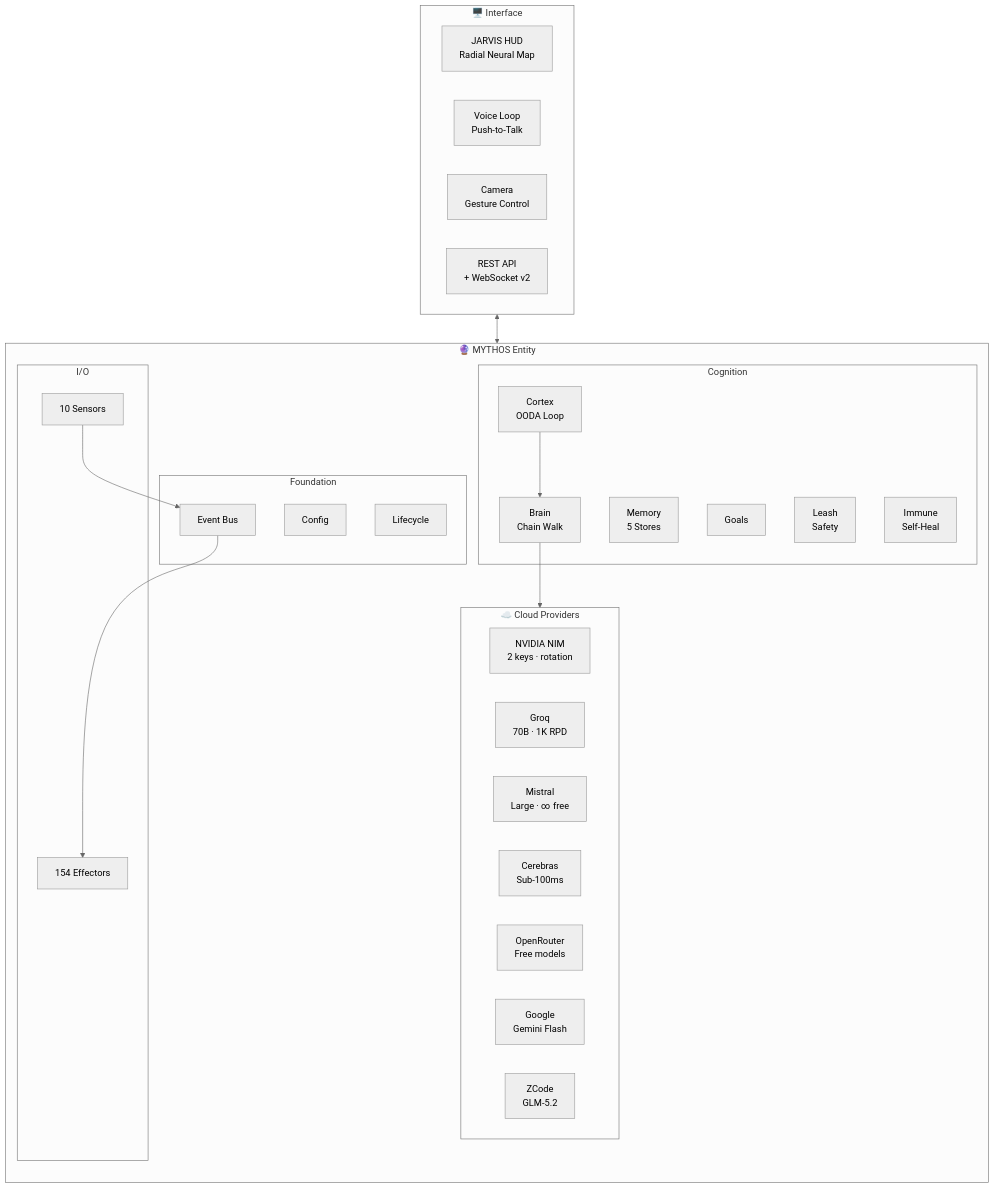
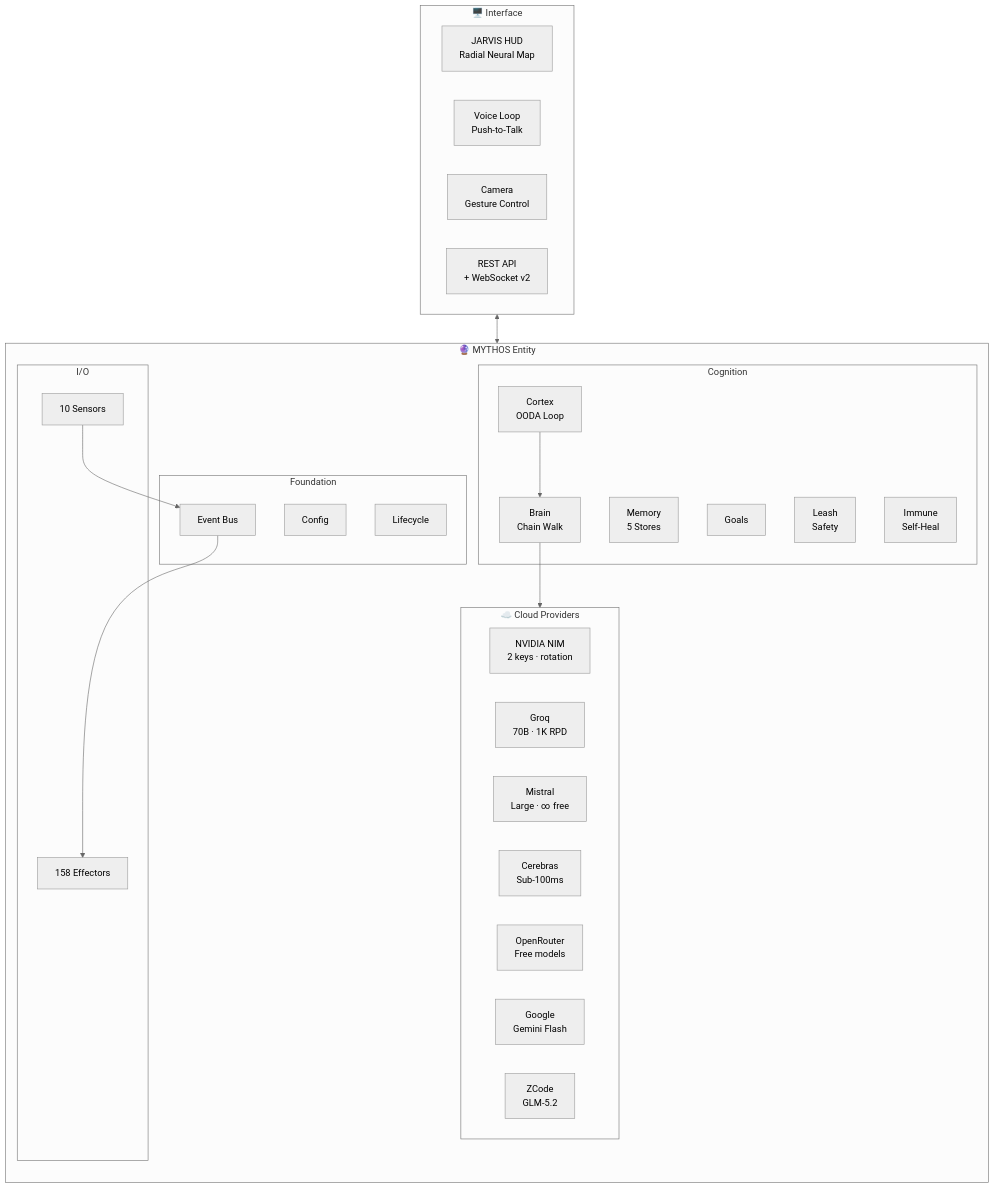
Before and after one commit to HailLucifer666/Agent_OS: the first of 11 diagrams in README.md, drawn with Mermaid (neutral theme). The commit also changed other lines of this file and 7 other files, not shown here.

````diff
--- a/README.md
+++ b/README.md
@@ -48,45 +48,45 @@
 ```mermaid
 flowchart TB
     subgraph Cloud["☁️ Cloud Providers"]
         direction LR
         NIM["NVIDIA NIM<br/>2 keys · rotation"]
         GQ["Groq<br/>70B · 1K RPD"]
         MI["Mistral<br/>Large · ∞ free"]
         CE["Cerebras<br/>Sub-100ms"]
         OR["OpenRouter<br/>Free models"]
         GOOG["Google<br/>Gemini Flash"]
         ZC["ZCode<br/>GLM-5.2"]
     end
 
     subgraph MYTHOS["🔮 MYTHOS Entity"]
         direction TB
         subgraph Foundation["Foundation"]
             CFG["Config"]
             BUS["Event Bus"]
             LIFE["Lifecycle"]
         end
         subgraph Cognition["Cognition"]
             CORT["Cortex<br/>OODA Loop"]
             BRN["Brain<br/>Chain Walk"]
             MEM["Memory<br/>5 Stores"]
             GOAL["Goals"]
             LEASH["Leash<br/>Safety"]
             IMM["Immune<br/>Self-Heal"]
         end
         subgraph IOLayer["I/O"]
             SENS["10 Sensors"]
-            EFF["154 Effectors"]
+            EFF["158 Effectors"]
         end
         CORT --> BRN --> Cloud
         SENS --> BUS --> EFF
     end
 
     subgraph Interface["🖥️ Interface"]
         HUD["JARVIS HUD<br/>Radial Neural Map"]
         VOICE["Voice Loop<br/>Push-to-Talk"]
         CAM["Camera<br/>Gesture Control"]
         API["REST API<br/>+ WebSocket v2"]
     end
 
     Interface <--> MYTHOS
 ```
````
